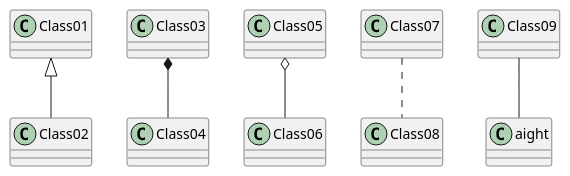
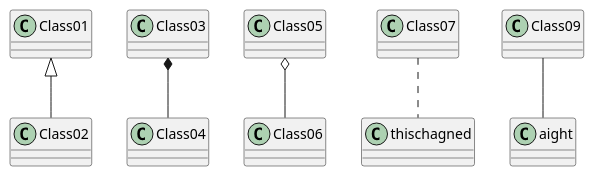
Before and after one commit to weichware10/meilensteine: the diagram in meilenstein_03/test.puml, drawn with PlantUML.

Commit message:
now it should work

```diff
--- a/meilenstein_03/test.puml
+++ b/meilenstein_03/test.puml
@@ -1,7 +1,7 @@
 @startuml test
 Class01 <|-- Class02
 Class03 *-- Class04
 Class05 o-- Class06
-Class07 .. Class08
+Class07 .. thischagned
 Class09 -- aight
 @enduml
```
